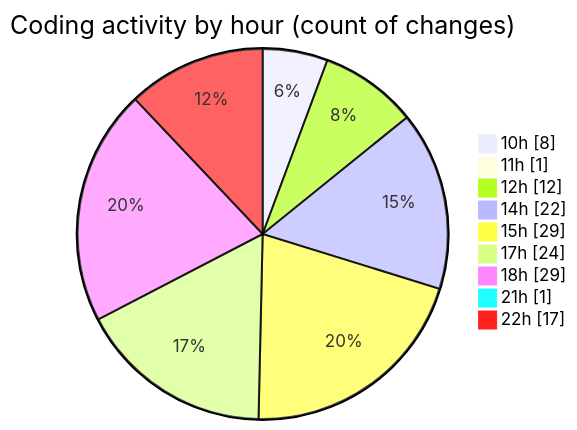
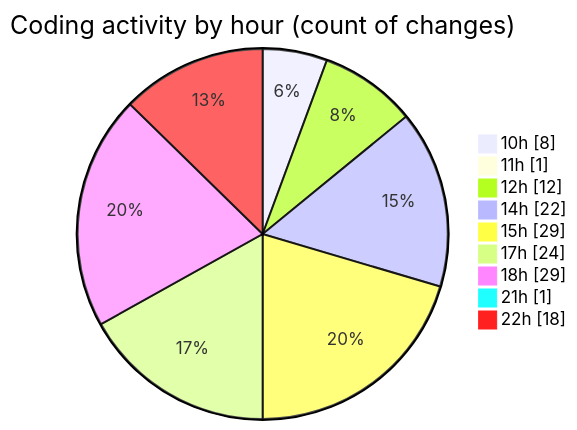
Before and after one commit to momahboobian/code-tracking: the second of 2 diagrams in 2025-07-31/cda/README.md, drawn with Mermaid. The commit also changed other lines of this file and 1 other file, not shown here.

````diff
--- a/2025-07-31/cda/README.md
+++ b/2025-07-31/cda/README.md
@@ -41,13 +41,13 @@
 ```mermaid
 pie showData
 title Coding activity by hour (count of changes)
 "10h" : 8
 "11h" : 1
 "12h" : 12
 "14h" : 22
 "15h" : 29
 "17h" : 24
 "18h" : 29
 "21h" : 1
-"22h" : 17
+"22h" : 18
 ```
````
